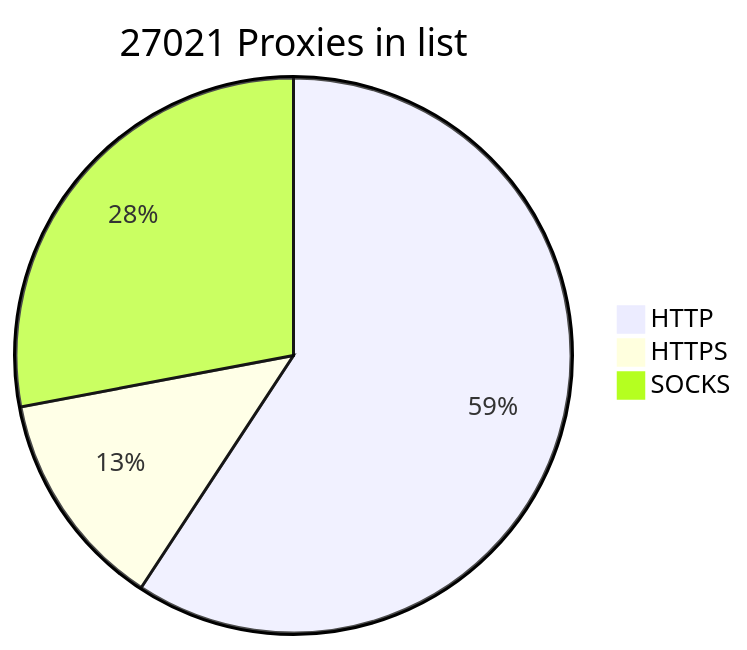
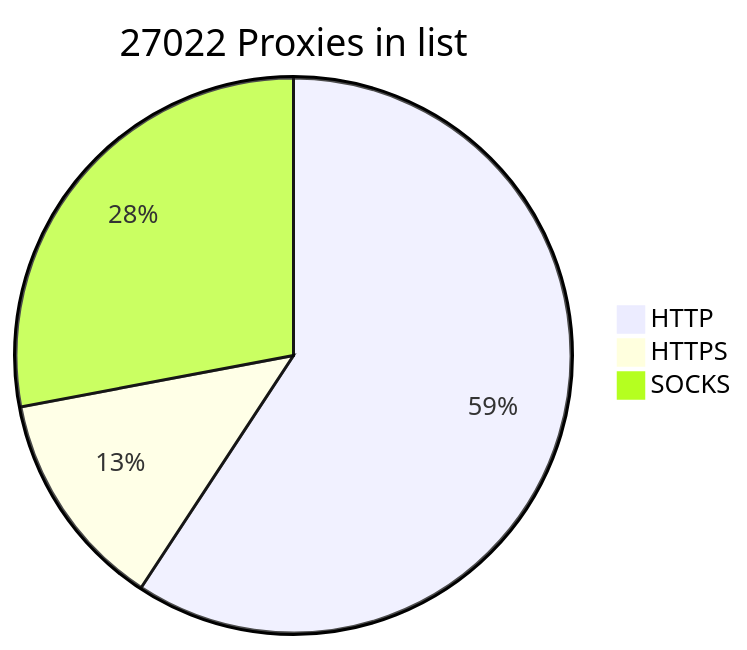
The diagram in README.md (BlackSnowDot/proxylist-update-every-minute), drawn with Mermaid before and after one commit.

````diff
--- a/README.md
+++ b/README.md
@@ -2,6 +2,6 @@
 ```mermaid
-pie title 27021 Proxies in list
-    "HTTP" : 17619
+pie title 27022 Proxies in list
+    "HTTP" : 17620
     "HTTPS": 3805
     "SOCKS" : 8317
 ```
````
